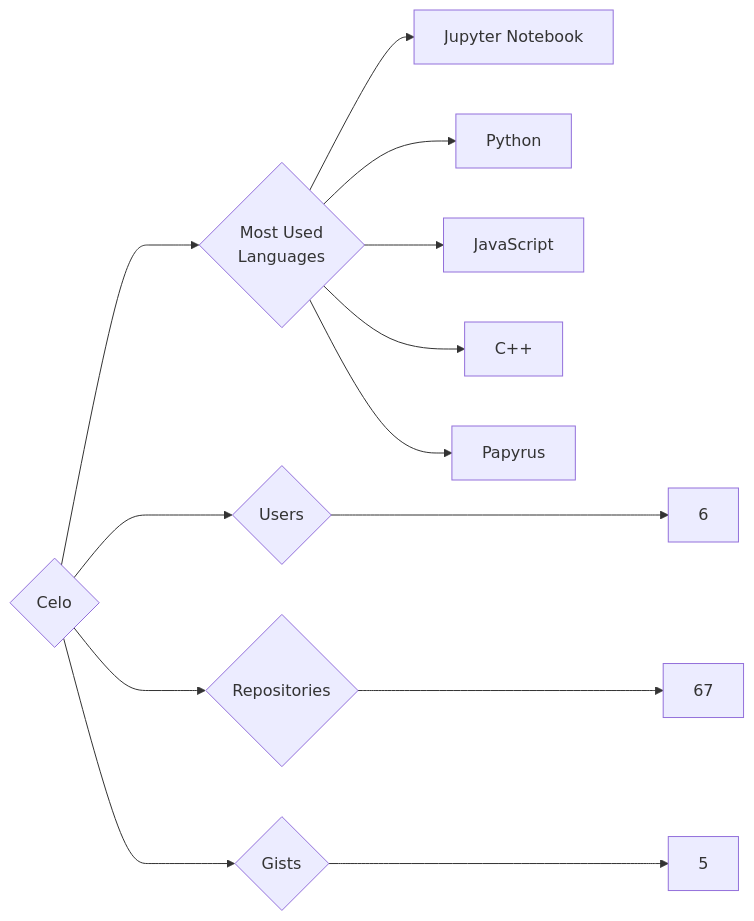
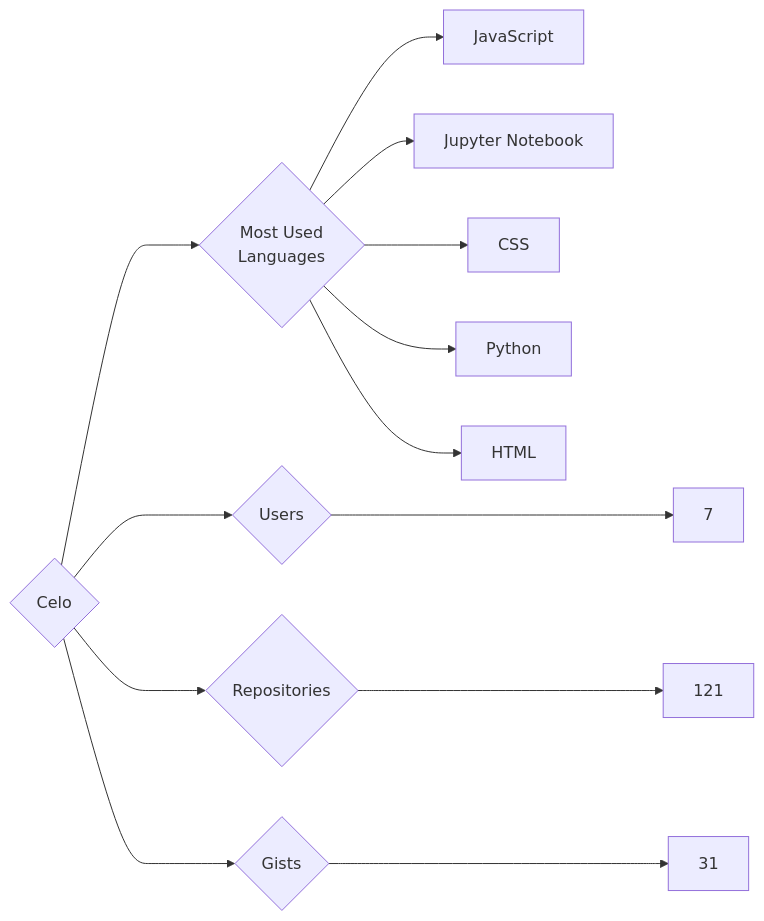
The diagram in targets/Celo/README.md (trickest/insiders), drawn with Mermaid before and after one commit. The commit also changed 757 other files, not shown here.

````diff
--- a/targets/Celo/README.md
+++ b/targets/Celo/README.md
@@ -3,13 +3,13 @@
 ```mermaid
 graph LR
 COMPANY_NAME{Celo}
-COMPANY_NAME ---> U{Users} ---> UN[6]
-COMPANY_NAME ---> R{Repositories} ---> RN[67]
-COMPANY_NAME ---> G{Gists} ---> GN[5]
+COMPANY_NAME ---> U{Users} ---> UN[7]
+COMPANY_NAME ---> R{Repositories} ---> RN[121]
+COMPANY_NAME ---> G{Gists} ---> GN[31]
 COMPANY_NAME ---> ML{Most Used<br>Languages}
+ML --> JavaScript[JavaScript]
 ML --> Jupyter_Notebook[Jupyter Notebook]
+ML --> CSS[CSS]
 ML --> Python[Python]
-ML --> JavaScript[JavaScript]
-ML --> C++[C++]
-ML --> Papyrus[Papyrus]
+ML --> HTML[HTML]
 ```
````
